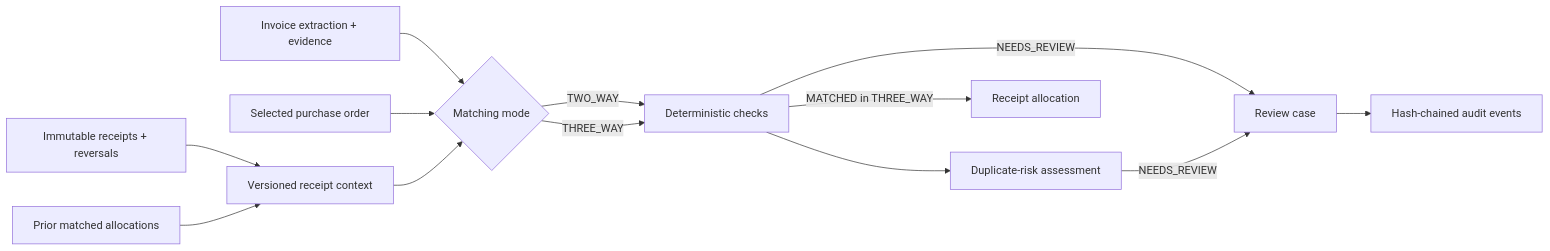
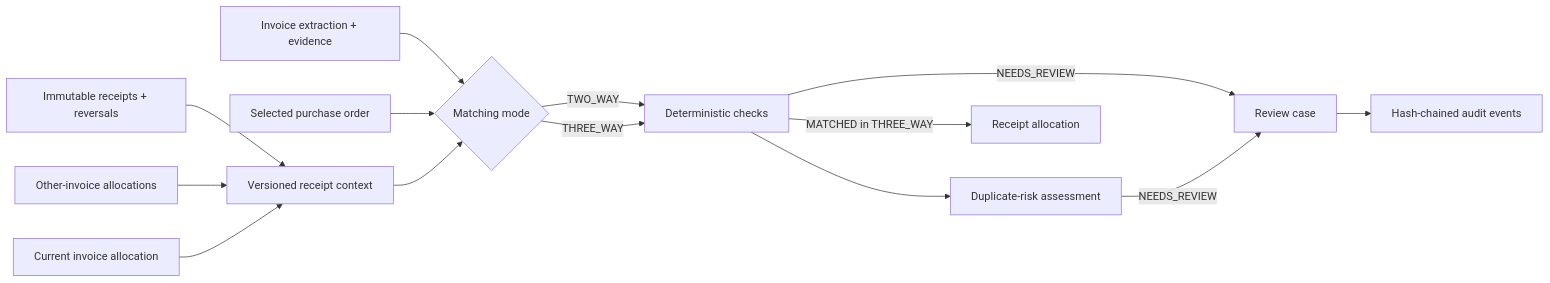
One commit to manansethi1205/invoiceops changed the diagram in docs/architecture.md. Above: the diagram before and after it, drawn with Mermaid. The commit also changed other lines of this file and 23 other files, not shown here.

````diff
--- a/docs/architecture.md
+++ b/docs/architecture.md
@@ -19,15 +19,16 @@
 ```mermaid
 flowchart LR
     I[Invoice extraction + evidence] --> M{Matching mode}
     PO[Selected purchase order] --> M
     GR[Immutable receipts + reversals] --> C[Versioned receipt context]
-    A[Prior matched allocations] --> C
+    A[Other-invoice allocations] --> C
+    CA[Current invoice allocation] --> C
     C --> M
     M -->|TWO_WAY| D[Deterministic checks]
     M -->|THREE_WAY| D
     D --> R[Duplicate-risk assessment]
     D -->|MATCHED in THREE_WAY| AL[Receipt allocation]
     D -->|NEEDS_REVIEW| Q[Review case]
     R -->|NEEDS_REVIEW| Q
     Q --> AU[Hash-chained audit events]
 ```
````
